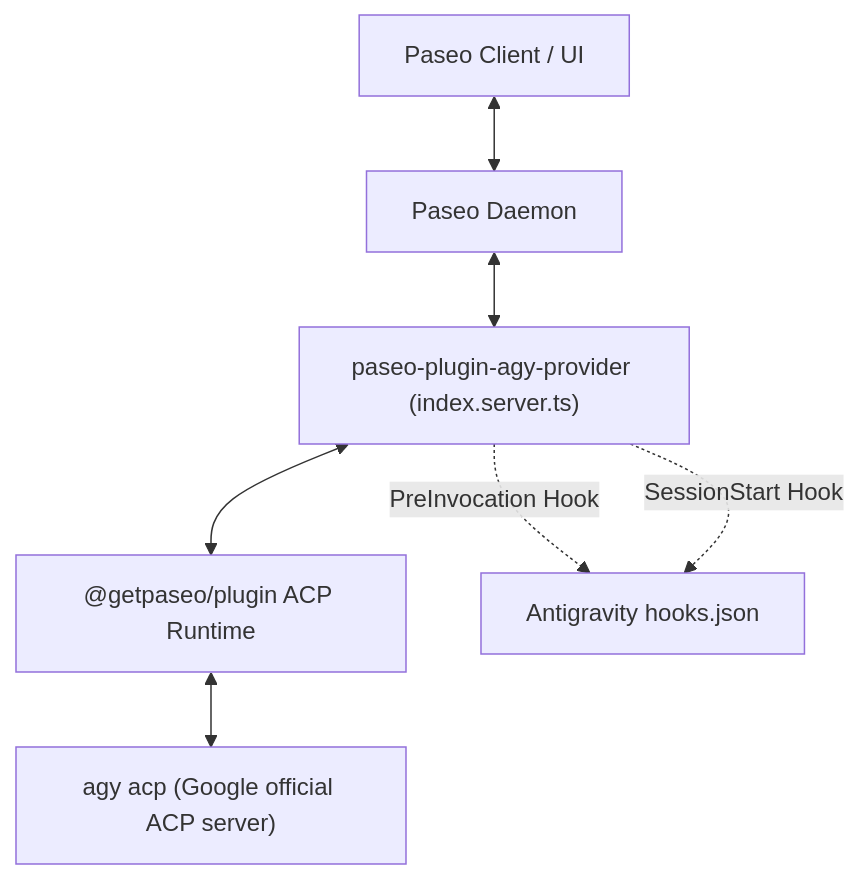
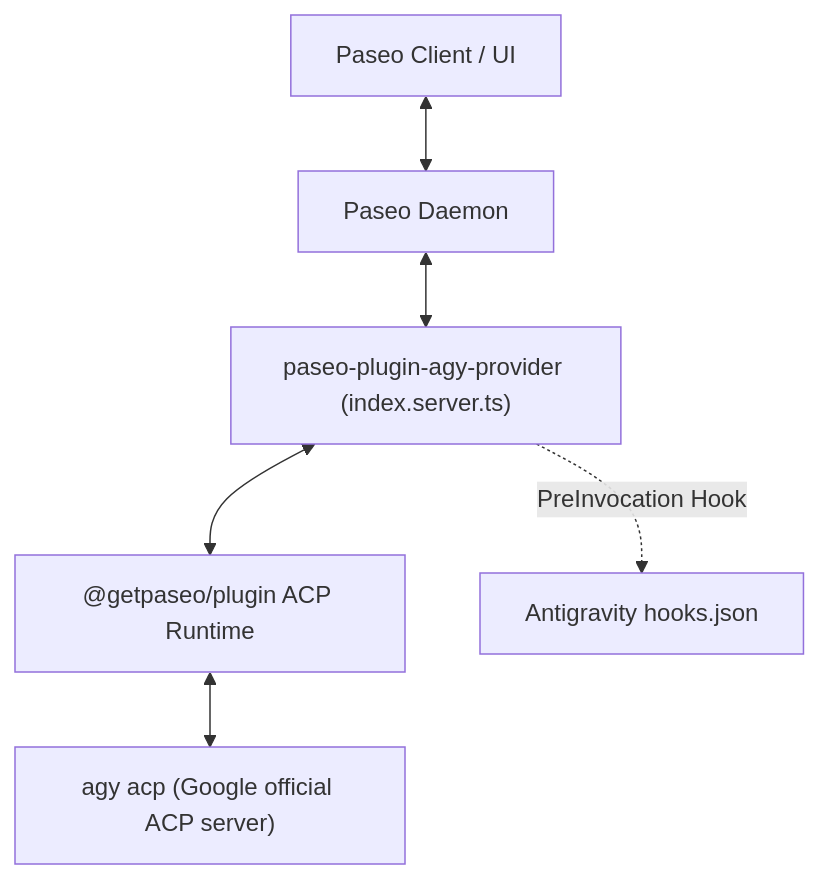
Before and after one commit to dszakallas/paseo-plugin-agy-provider: the diagram in DESIGN.md, drawn with Mermaid. The commit also changed other lines of this file and 5 other files, not shown here.

````diff
--- a/DESIGN.md
+++ b/DESIGN.md
@@ -9,9 +9,8 @@
 ```mermaid
 flowchart TD
     PaseoClient["Paseo Client / UI"] <--> PaseoDaemon["Paseo Daemon"]
     PaseoDaemon <--> Plugin["paseo-plugin-agy-provider (index.server.ts)"]
     Plugin <--> AcpRuntime["@getpaseo/plugin ACP Runtime"]
     AcpRuntime <--> AgyAcpServer["agy acp (Google official ACP server)"]
     Plugin -.->|PreInvocation Hook| AgyHooks["Antigravity hooks.json"]
-    Plugin -.->|SessionStart Hook| AgyHooks
 ```
````
